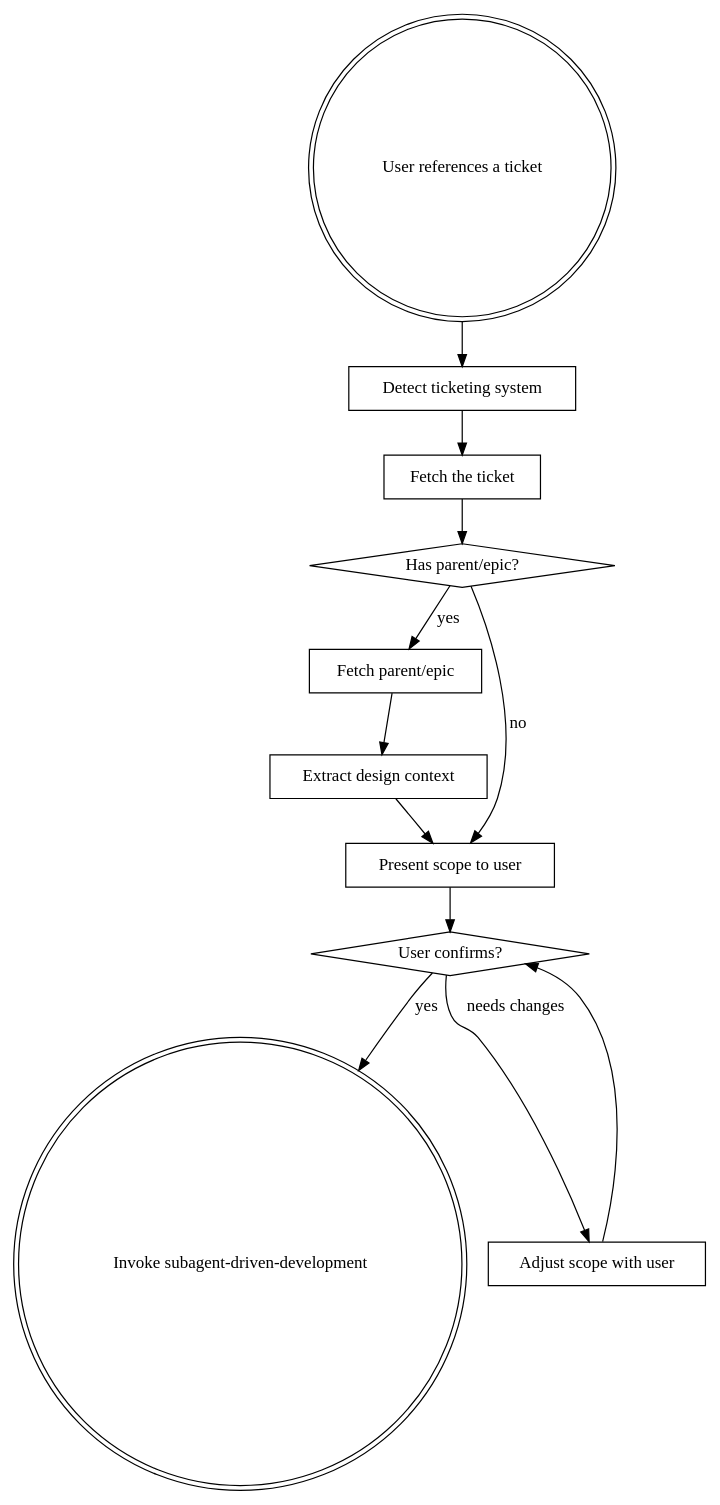
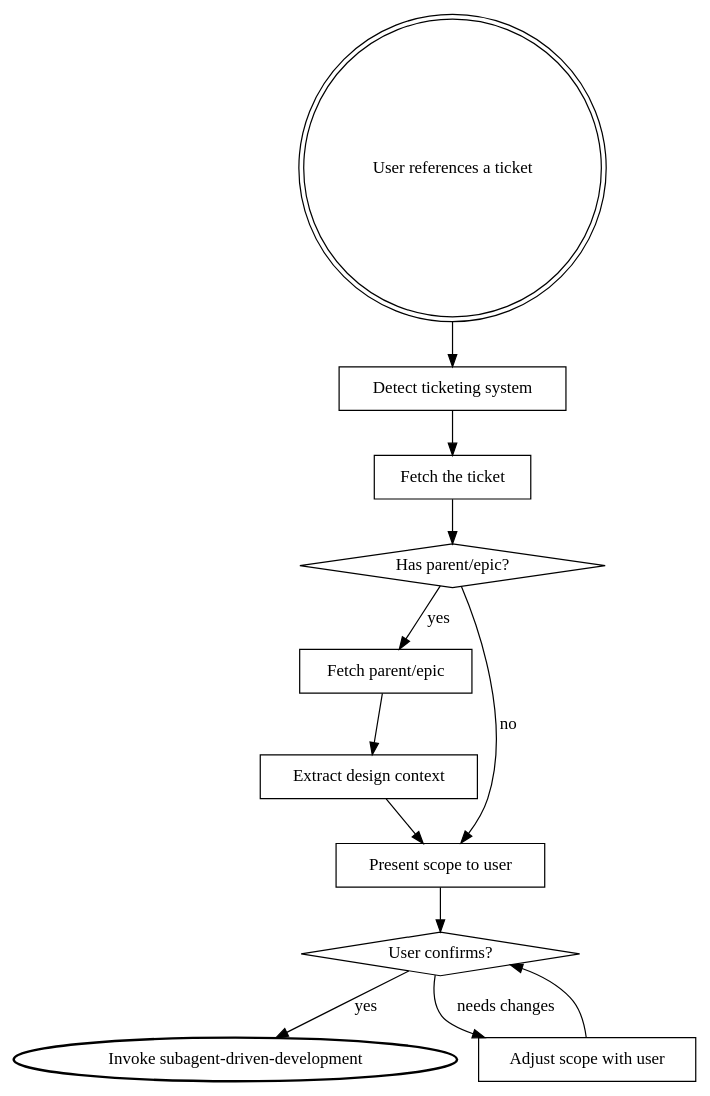
Before and after one commit to philipobenito/dot: the diagram in ai/skills/work-on-ticket/SKILL.md, drawn with Graphviz. The commit also changed 11 other files, not shown here.

````diff
--- a/ai/skills/work-on-ticket/SKILL.md
+++ b/ai/skills/work-on-ticket/SKILL.md
@@ -16,27 +16,27 @@
 ```dot
 digraph when_to_use {
     rankdir=TB;
     "User references a ticket" [shape=doublecircle];
     "Detect ticketing system" [shape=box];
     "Fetch the ticket" [shape=box];
     "Has parent/epic?" [shape=diamond];
     "Fetch parent/epic" [shape=box];
     "Extract design context" [shape=box];
     "Present scope to user" [shape=box];
     "User confirms?" [shape=diamond];
-    "Invoke subagent-driven-development" [shape=doublecircle];
+    "Invoke subagent-driven-development" [style=bold];
     "Adjust scope with user" [shape=box];
 
     "User references a ticket" -> "Detect ticketing system";
     "Detect ticketing system" -> "Fetch the ticket";
     "Fetch the ticket" -> "Has parent/epic?";
     "Has parent/epic?" -> "Fetch parent/epic" [label="yes"];
     "Has parent/epic?" -> "Present scope to user" [label="no"];
     "Fetch parent/epic" -> "Extract design context";
     "Extract design context" -> "Present scope to user";
     "Present scope to user" -> "User confirms?";
     "User confirms?" -> "Invoke subagent-driven-development" [label="yes"];
     "User confirms?" -> "Adjust scope with user" [label="needs changes"];
     "Adjust scope with user" -> "User confirms?";
 }
 ```
````
